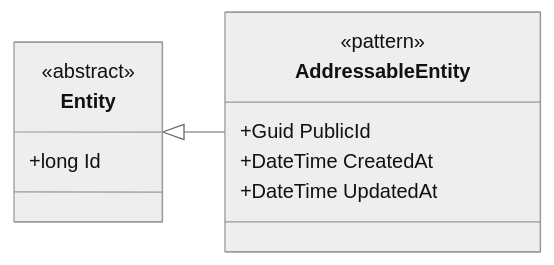
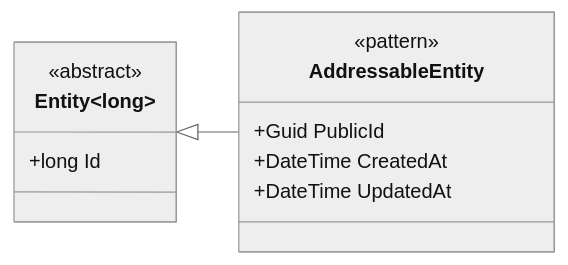
Before and after one commit to artur-rios/heimdall-api: the third of 4 diagrams in docs/content/en/docs/domain-model.md, drawn with Mermaid (neutral theme). The commit also changed other lines of this file and 159 other files, not shown here.

````diff
--- a/docs/content/en/docs/domain-model.md
+++ b/docs/content/en/docs/domain-model.md
@@ -163,15 +163,15 @@
 ```mermaid
 classDiagram
     direction LR
-    class Entity {
+    class Entity~long~ {
         <<abstract>>
         +long Id
     }
     class AddressableEntity {
         <<pattern>>
         +Guid PublicId
         +DateTime CreatedAt
         +DateTime UpdatedAt
     }
-    Entity <|-- AddressableEntity
+    Entity~long~ <|-- AddressableEntity
 ```
````
